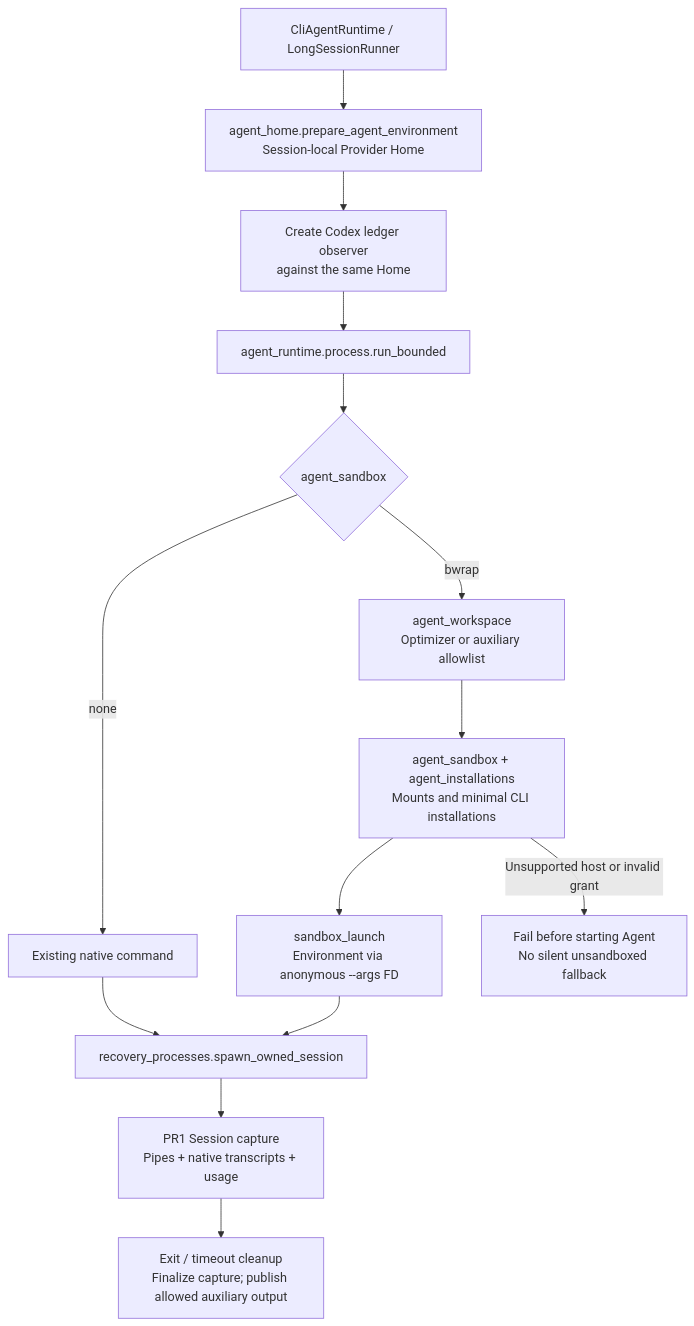
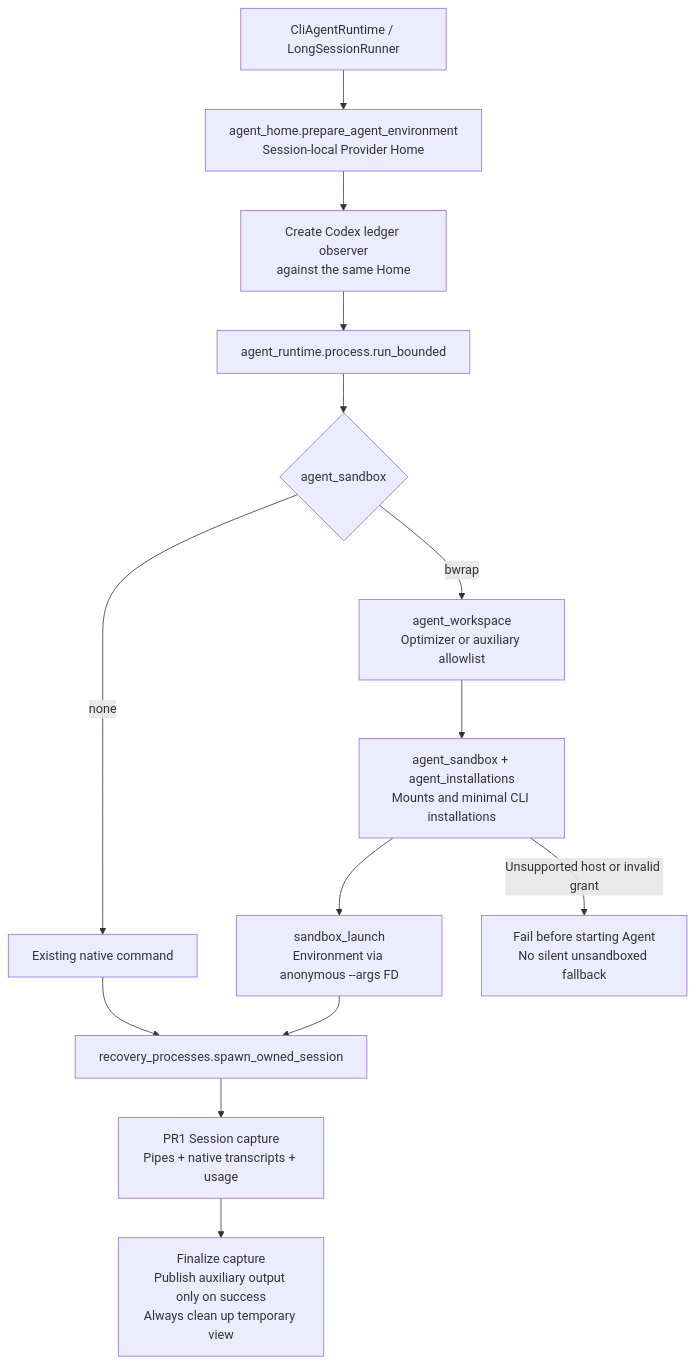
One commit to alibaba/atrex-kernel-agent changed the diagram in docs/agent-workspace-isolation.md. Above: the diagram before and after it, drawn with Mermaid. The commit also changed other lines of this file and 6 other files, not shown here.

````diff
--- a/docs/agent-workspace-isolation.md
+++ b/docs/agent-workspace-isolation.md
@@ -9,16 +9,16 @@
 ```mermaid
 flowchart TD
     ENTRY["CliAgentRuntime / LongSessionRunner"] --> HOME["agent_home.prepare_agent_environment<br/>Session-local Provider Home"]
     HOME --> OBS["Create Codex ledger observer<br/>against the same Home"]
     OBS --> RUN["agent_runtime.process.run_bounded"]
     RUN --> MODE{"agent_sandbox"}
     MODE -->|none| NATIVE["Existing native command"]
     MODE -->|bwrap| VIEW["agent_workspace<br/>Optimizer or auxiliary allowlist"]
     VIEW --> WRAP["agent_sandbox + agent_installations<br/>Mounts and minimal CLI installations"]
     WRAP --> FD["sandbox_launch<br/>Environment via anonymous --args FD"]
     FD --> SPAWN["recovery_processes.spawn_owned_session"]
     NATIVE --> SPAWN
     SPAWN --> CAPTURE["PR1 Session capture<br/>Pipes + native transcripts + usage"]
-    CAPTURE --> EXIT["Exit / timeout cleanup<br/>Finalize capture; publish allowed auxiliary output"]
+    CAPTURE --> EXIT["Finalize capture<br/>Publish auxiliary output only on success<br/>Always clean up temporary view"]
     WRAP -->|Unsupported host or invalid grant| FAIL["Fail before starting Agent<br/>No silent unsandboxed fallback"]
 ```
````
